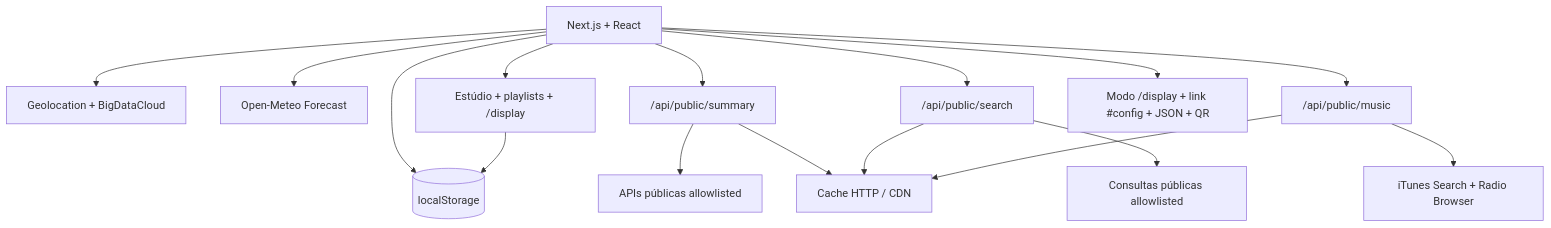
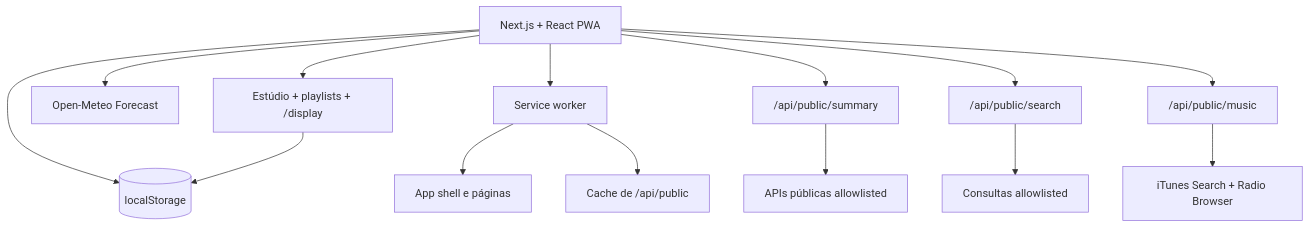
The diagram in README.md (RaphaelTW/LumaBoard), drawn with Mermaid before and after one commit. The commit also changed other lines of this file and 44 other files, not shown here.

````diff
--- a/README.md
+++ b/README.md
@@ -272,18 +368,16 @@
 ```mermaid
 flowchart TD
-    Browser["Next.js + React"] --> Local[("localStorage")]
-    Browser --> Geo["Geolocation + BigDataCloud"]
+    Browser["Next.js + React PWA"] --> Local[("localStorage")]
+    Browser --> SW["Service worker"]
+    SW --> StaticCache["App shell e páginas"]
+    SW --> APICache["Cache de /api/public"]
     Browser --> Weather["Open-Meteo Forecast"]
     Browser --> Summary["/api/public/summary"]
     Browser --> Search["/api/public/search"]
     Browser --> Music["/api/public/music"]
     Browser --> Studio["Estúdio + playlists + /display"]
     Summary --> PublicAPIs["APIs públicas allowlisted"]
-    Search --> SearchAPIs["Consultas públicas allowlisted"]
+    Search --> SearchAPIs["Consultas allowlisted"]
     Music --> MusicAPIs["iTunes Search + Radio Browser"]
-    Summary --> CDN["Cache HTTP / CDN"]
-    Search --> CDN
-    Music --> CDN
     Studio --> Local
-    Browser --> Display["Modo /display + link #config + JSON + QR"]
 ```
````
